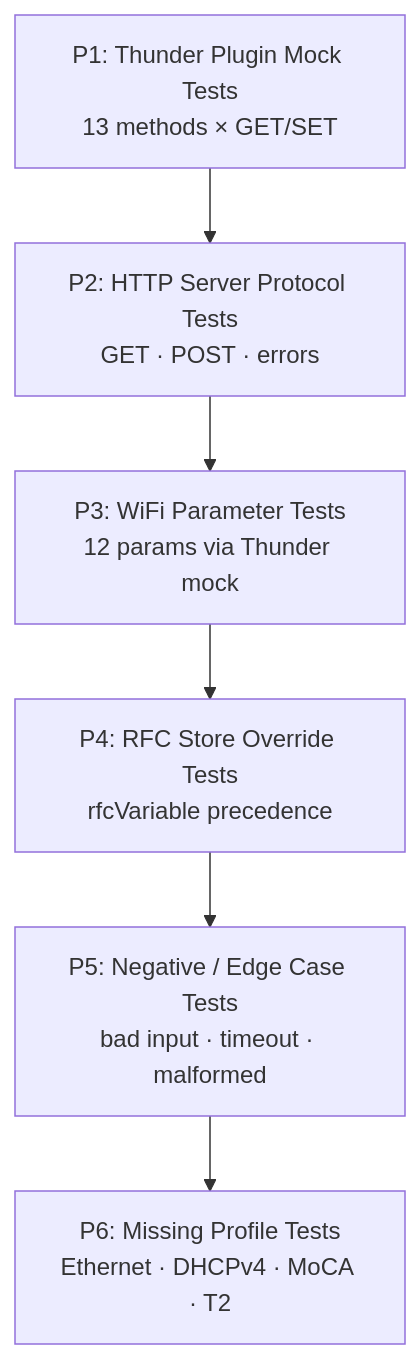
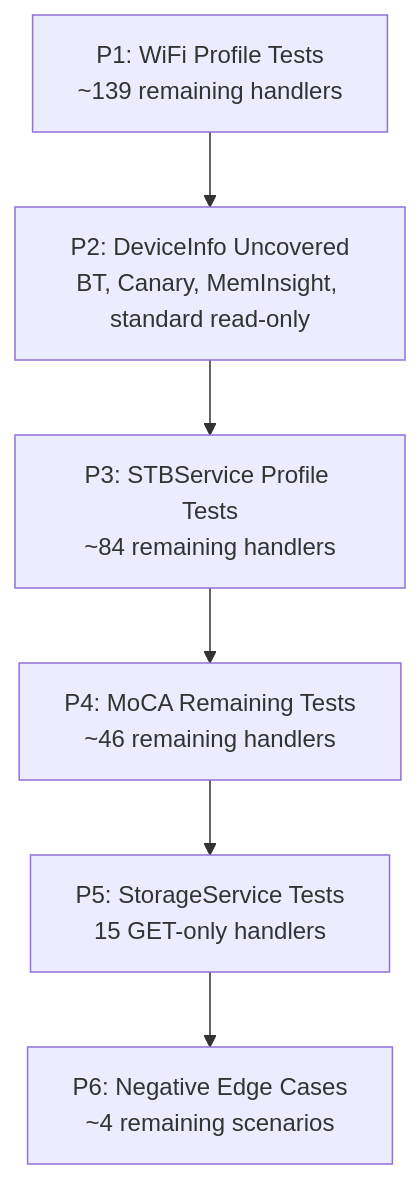
The second of 2 diagrams in test/docs/L2_Test_Coverage.md (rdkcentral/tr69hostif), drawn with Mermaid before and after one commit. The commit also changed other lines of this file and 2 other files, not shown here.

````diff
--- a/test/docs/L2_Test_Coverage.md
+++ b/test/docs/L2_Test_Coverage.md
@@ -331,10 +766,9 @@
 ```mermaid
 flowchart TD
-    P1[P1: Thunder Plugin Mock Tests\n13 methods × GET/SET] --> P2
-    P2[P2: HTTP Server Protocol Tests\nGET · POST · errors] --> P3
-    P3[P3: WiFi Parameter Tests\n12 params via Thunder mock] --> P4
-    P4[P4: RFC Store Override Tests\nrfcVariable precedence] --> P5
-    P5[P5: Negative / Edge Case Tests\nbad input · timeout · malformed]
-    P5 --> P6
-    P6[P6: Missing Profile Tests\nEthernet · DHCPv4 · MoCA · T2]
+    P1[P1: WiFi Profile Tests\n~139 remaining handlers] --> P2
+    P2[P2: DeviceInfo Uncovered\nBT, Canary, MemInsight, standard read-only] --> P3
+    P3[P3: STBService Profile Tests\n~84 remaining handlers] --> P4
+    P4[P4: MoCA Remaining Tests\n~46 remaining handlers] --> P5
+    P5[P5: StorageService Tests\n15 GET-only handlers] --> P6
+    P6[P6: Negative Edge Cases\n~4 remaining scenarios]
 ```
````
